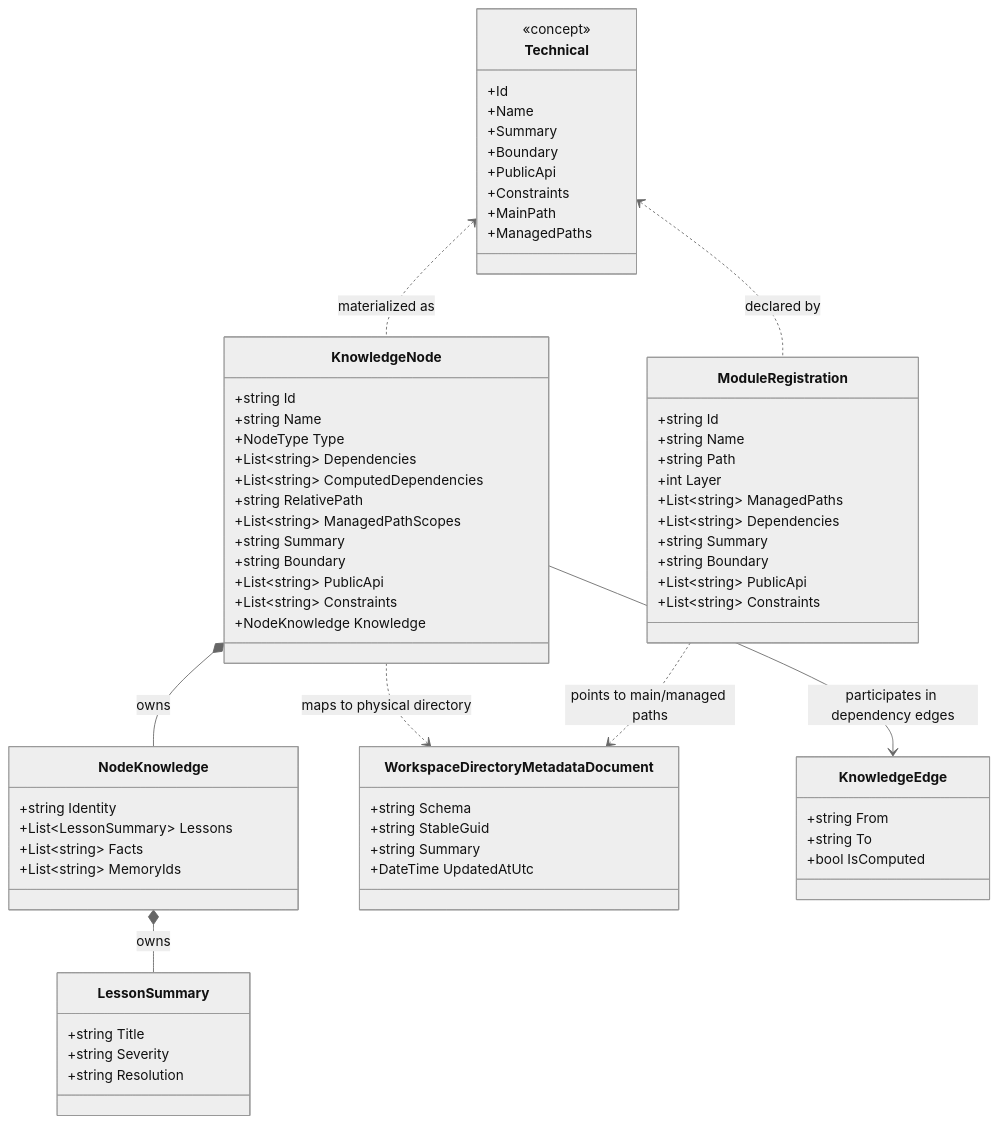
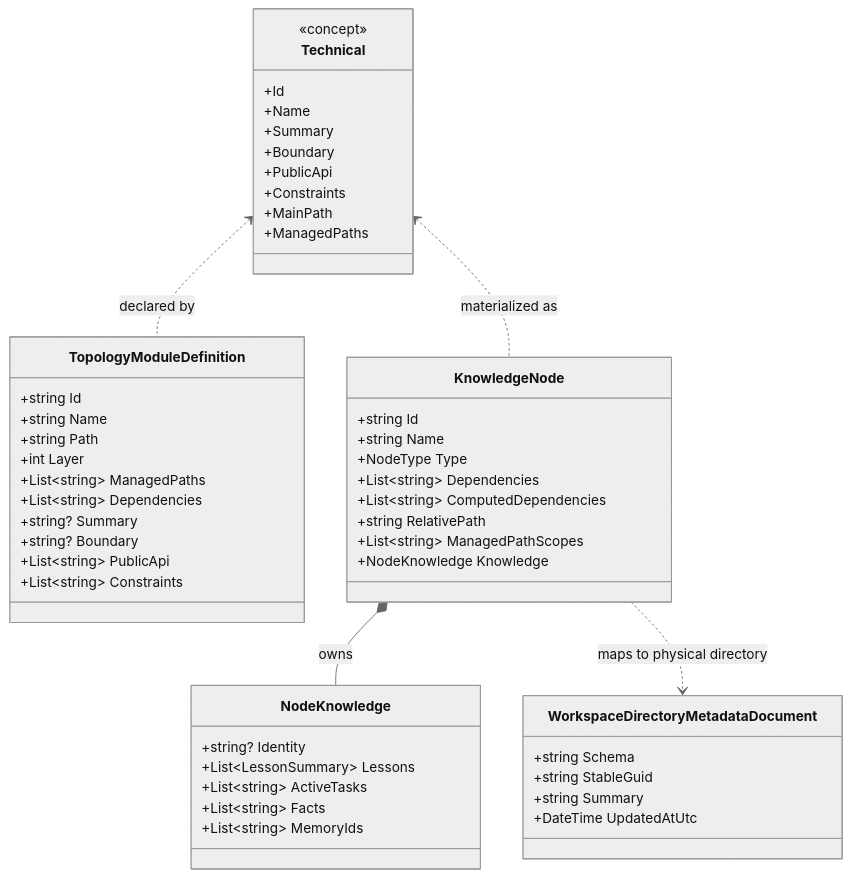
One commit to nan023062/project-dna changed the second of 3 diagrams in src/Dna.Knowledge/UML.md. Above: the diagram before and after it, drawn with Mermaid (neutral theme). The commit also changed other lines of this file and 55 other files, not shown here.

Commit message:
refactor: remove legacy topo runtime and align memory flow

````diff
--- a/src/Dna.Knowledge/UML.md
+++ b/src/Dna.Knowledge/UML.md
@@ -82,76 +69,58 @@
 ```mermaid
 classDiagram
     class Technical {
         <<concept>>
         +Id
         +Name
         +Summary
         +Boundary
         +PublicApi
         +Constraints
         +MainPath
         +ManagedPaths
     }
 
-    class ModuleRegistration {
+    class TopologyModuleDefinition {
         +string Id
         +string Name
         +string Path
         +int Layer
         +List~string~ ManagedPaths
         +List~string~ Dependencies
-        +string Summary
-        +string Boundary
+        +string? Summary
+        +string? Boundary
         +List~string~ PublicApi
         +List~string~ Constraints
     }
 
     class KnowledgeNode {
         +string Id
         +string Name
         +NodeType Type
         +List~string~ Dependencies
         +List~string~ ComputedDependencies
         +string RelativePath
         +List~string~ ManagedPathScopes
-        +string Summary
-        +string Boundary
-        +List~string~ PublicApi
-        +List~string~ Constraints
         +NodeKnowledge Knowledge
     }
 
     class NodeKnowledge {
-        +string Identity
+        +string? Identity
         +List~LessonSummary~ Lessons
+        +List~string~ ActiveTasks
         +List~string~ Facts
         +List~string~ MemoryIds
-    }
-
-    class LessonSummary {
-        +string Title
-        +string Severity
-        +string Resolution
     }
 
     class WorkspaceDirectoryMetadataDocument {
         +string Schema
         +string StableGuid
         +string Summary
         +DateTime UpdatedAtUtc
     }
 
-    class KnowledgeEdge {
-        +string From
-        +string To
-        +bool IsComputed
-    }
-
-    Technical <.. ModuleRegistration : declared by
+    Technical <.. TopologyModuleDefinition : declared by
     Technical <.. KnowledgeNode : materialized as
     KnowledgeNode *-- NodeKnowledge : owns
-    NodeKnowledge *-- LessonSummary : owns
     KnowledgeNode ..> WorkspaceDirectoryMetadataDocument : maps to physical directory
-    KnowledgeNode --> KnowledgeEdge : participates in dependency edges
-    ModuleRegistration ..> WorkspaceDirectoryMetadataDocument : points to main/managed paths
 ```
````
